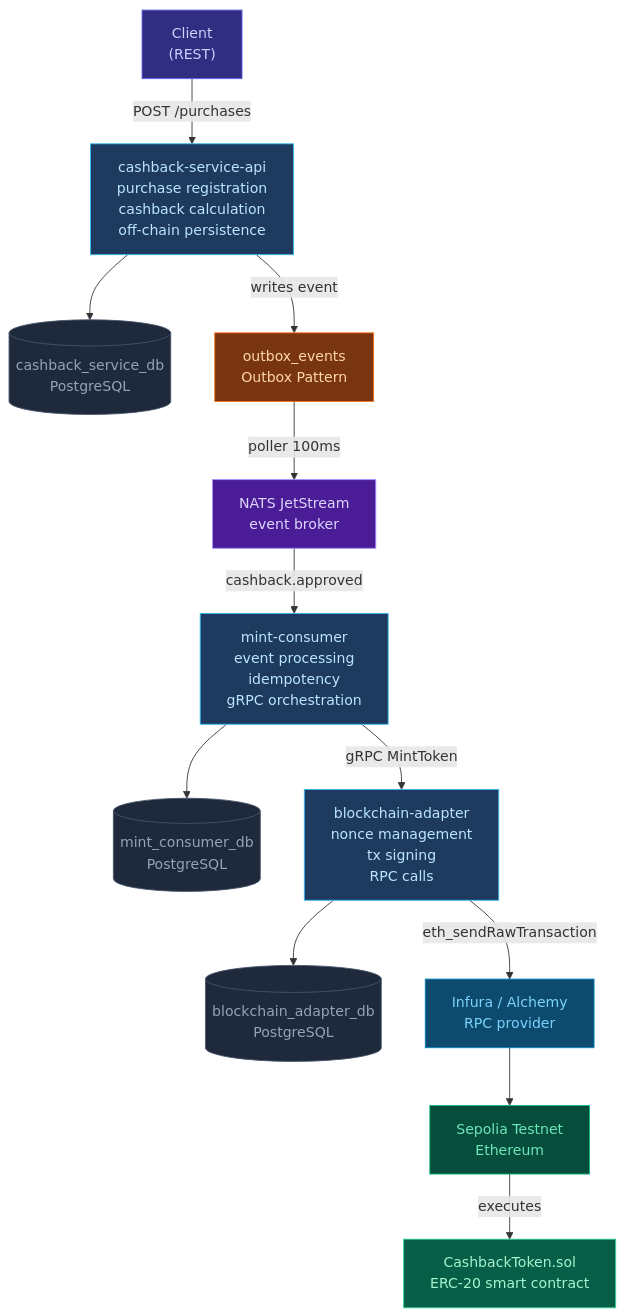
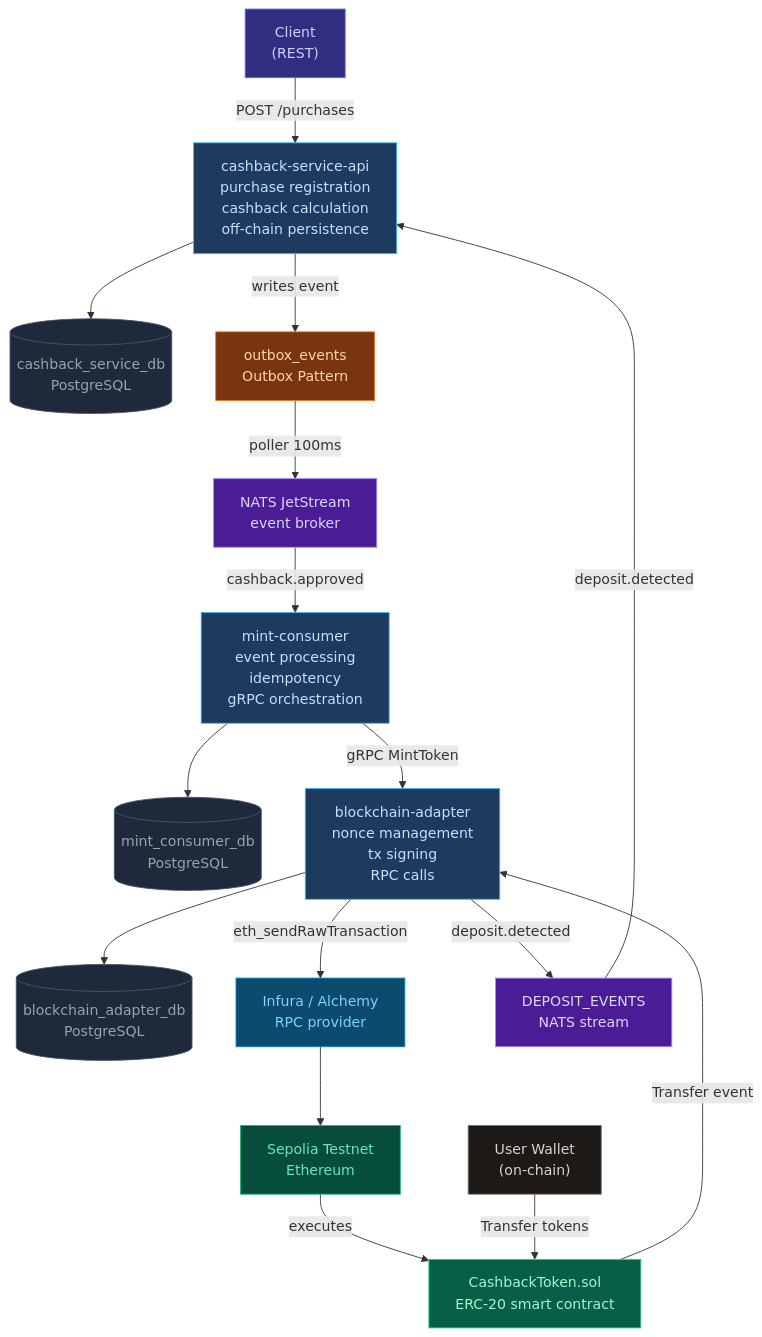
One commit to fascari/cashback-platform changed the diagram in docs/diagrams/01-high-level-system-flow.md. Above: the diagram before and after it, drawn with Mermaid. The commit also changed 22 other files, not shown here.

````diff
--- a/docs/diagrams/01-high-level-system-flow.md
+++ b/docs/diagrams/01-high-level-system-flow.md
@@ -5,40 +5,48 @@
 ```mermaid
 flowchart TD
     CLIENT["Client\n(REST)"]
     API["cashback-service-api\npurchase registration\ncashback calculation\noff-chain persistence"]
     DB1[("cashback_service_db\nPostgreSQL")]
     OUTBOX["outbox_events\nOutbox Pattern"]
     NATS["NATS JetStream\nevent broker"]
     MINT["mint-consumer\nevent processing\nidempotency\ngRPC orchestration"]
     DB2[("mint_consumer_db\nPostgreSQL")]
     ADAPTER["blockchain-adapter\nnonce management\ntx signing\nRPC calls"]
     DB3[("blockchain_adapter_db\nPostgreSQL")]
     INFURA["Infura / Alchemy\nRPC provider"]
     CHAIN["Sepolia Testnet\nEthereum"]
     CONTRACT["CashbackToken.sol\nERC-20 smart contract"]
+    USER_WALLET["User Wallet\n(on-chain)"]
+    DEPOSIT_EVENTS["DEPOSIT_EVENTS\nNATS stream"]
 
     CLIENT -->|POST /purchases| API
     API --> DB1
     API -->|writes event| OUTBOX
     OUTBOX -->|poller 100ms| NATS
     NATS -->|cashback.approved| MINT
     MINT --> DB2
     MINT -->|gRPC MintToken| ADAPTER
     ADAPTER --> DB3
     ADAPTER -->|eth_sendRawTransaction| INFURA
     INFURA --> CHAIN
     CHAIN -->|executes| CONTRACT
+    USER_WALLET -->|Transfer tokens| CONTRACT
+    CONTRACT -->|Transfer event| ADAPTER
+    ADAPTER -->|deposit.detected| DEPOSIT_EVENTS
+    DEPOSIT_EVENTS -->|deposit.detected| API
 
     style CLIENT   fill:#312e81,color:#c7d2fe,stroke:#6366f1
     style API      fill:#1e3a5f,color:#bae6fd,stroke:#38bdf8
     style DB1      fill:#1e293b,color:#94a3b8,stroke:#475569
     style OUTBOX   fill:#78350f,color:#fed7aa,stroke:#f97316
     style NATS     fill:#4a1d96,color:#ddd6fe,stroke:#a78bfa
     style MINT     fill:#1e3a5f,color:#bae6fd,stroke:#38bdf8
     style DB2      fill:#1e293b,color:#94a3b8,stroke:#475569
     style ADAPTER  fill:#1e3a5f,color:#bae6fd,stroke:#38bdf8
     style DB3      fill:#1e293b,color:#94a3b8,stroke:#475569
     style INFURA   fill:#0c4a6e,color:#7dd3fc,stroke:#0284c7
     style CHAIN    fill:#064e3b,color:#6ee7b7,stroke:#10b981
     style CONTRACT fill:#065f46,color:#a7f3d0,stroke:#34d399
+    style USER_WALLET fill:#1c1917,color:#d6d3d1,stroke:#78716c
+    style DEPOSIT_EVENTS fill:#4a1d96,color:#ddd6fe,stroke:#a78bfa
 ```
````
